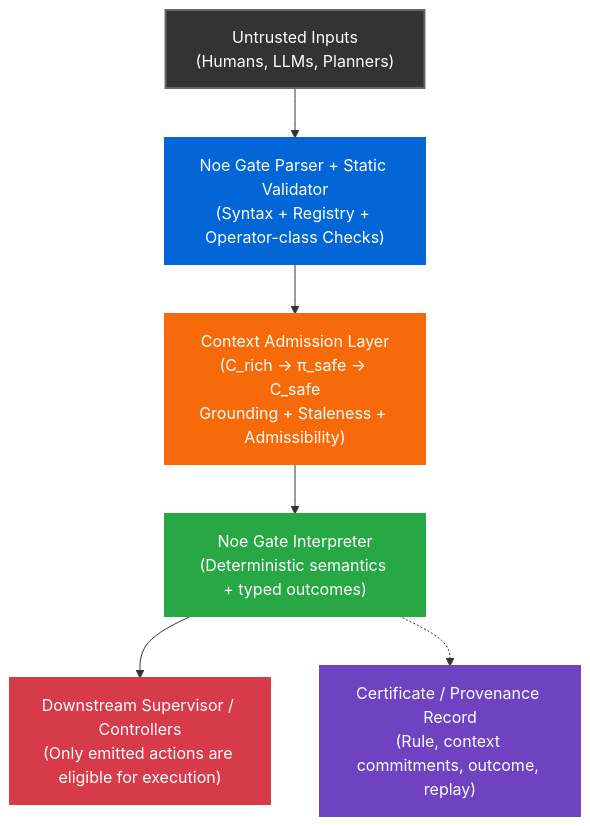
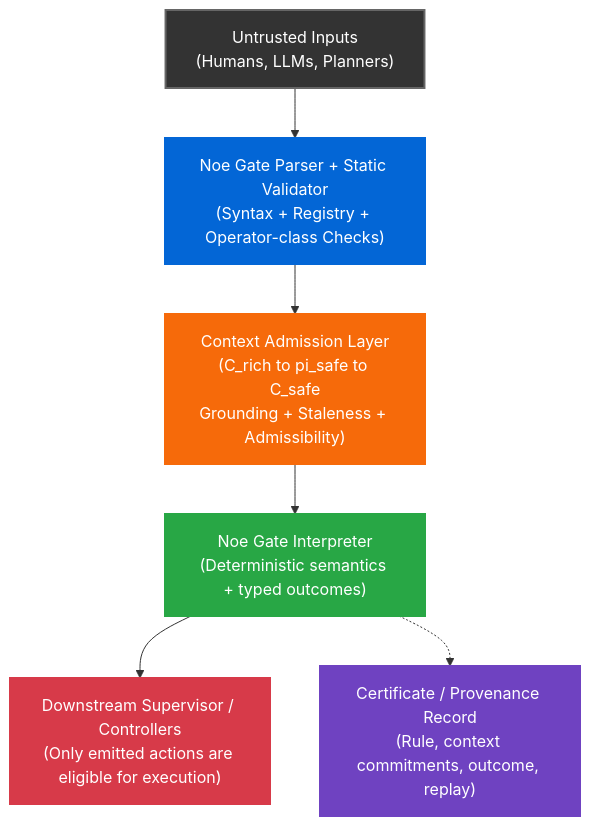
One commit to noe-protocol/noe-gate changed the diagram in README.md. Above: the diagram before and after it, drawn with Mermaid. The commit also changed other lines of this file, not shown here.

````diff
--- a/README.md
+++ b/README.md
@@ -508,15 +553,15 @@
 ```mermaid
 flowchart TD
     A["Untrusted Inputs<br/>(Humans, LLMs, Planners)"] --> B["Noe Gate Parser + Static Validator<br/>(Syntax + Registry + Operator-class Checks)"]
-    B --> C["Context Admission Layer<br/>(C_rich → π_safe → C_safe<br/>Grounding + Staleness + Admissibility)"]
+    B --> C["Context Admission Layer<br/>(C_rich to pi_safe to C_safe<br/>Grounding + Staleness + Admissibility)"]
     C --> D["Noe Gate Interpreter<br/>(Deterministic semantics + typed outcomes)"]
     D --> E["Downstream Supervisor / Controllers<br/>(Only emitted actions are eligible for execution)"]
     D -.-> F["Certificate / Provenance Record<br/>(Rule, context commitments, outcome, replay)"]
 
     style A fill:#333,stroke:#666,stroke-width:2px,color:#fff
     style B fill:#0366d6,stroke:#0366d6,stroke-width:2px,color:#fff
     style C fill:#f66a0a,stroke:#f66a0a,stroke-width:2px,color:#fff
     style D fill:#28a745,stroke:#28a745,stroke-width:2px,color:#fff
     style E fill:#d73a49,stroke:#d73a49,stroke-width:2px,color:#fff
     style F fill:#6f42c1,stroke:#6f42c1,stroke-width:2px,color:#fff
 ```
````
